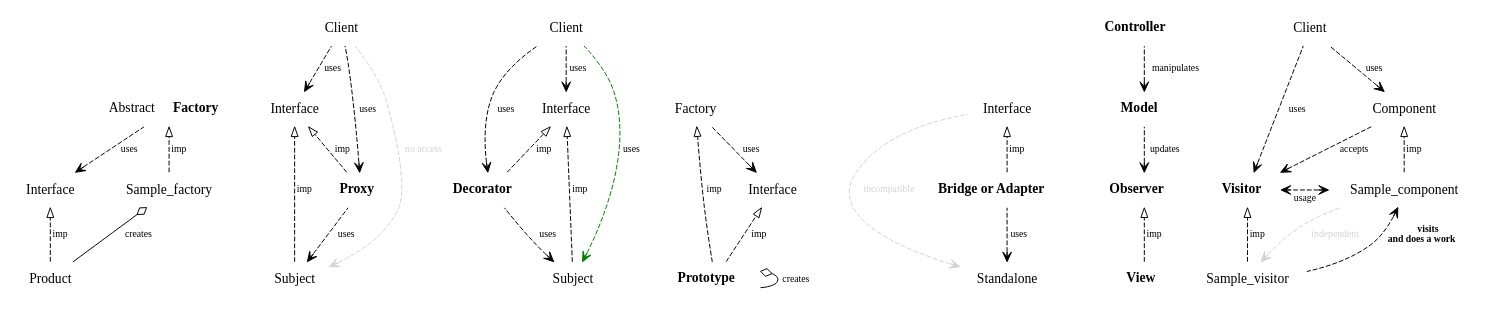
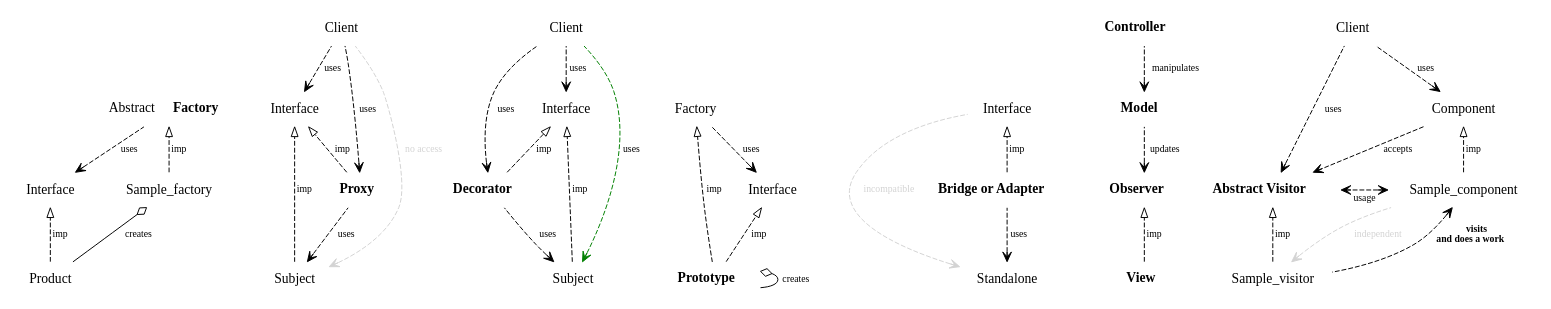
The diagram in cpp/patterns.dot (makelinux/examples), drawn with Graphviz before and after one commit. The commit also changed 1 other file, not shown here.

Commit message:
*Abstract_visitor

```diff
--- a/cpp/patterns.dot
+++ b/cpp/patterns.dot
@@ -1,75 +1,75 @@
 digraph G {
 	rankdir="BT"
 	node [shape=plaintext];
 	edge [fontsize=10 _fontcolor=darkgray]
 	// Inheritance
 	edge [label=inh arrowhead=onormal];
 
 	// Implementation
 	edge [label=imp weight=1000 arrowhead=onormal style=dashed];
 	Product -> Interface;
 	Factory [label=<Abstract <b>Factory</b>>]
 	Sample_factory -> Factory;
 	Proxy [label=<<b>Proxy</b>>]
 	{ Subject Proxy } -> Proxy_interface
 	Decorator [label=<<b>Decorator</b>>]
 	Subject_of_Decorator [label=Subject]
 	{ Decorator Subject_of_Decorator} -> Decorator_interface
 	Proxy_interface [label="Interface"]
 	Decorator_interface [label="Interface"]
 	Factory_of_prototype [label=Factory]
 	Interface_of_prototype [label=Interface]
 	Prototype -> { Factory_of_prototype Interface_of_prototype}
 	Prototype [label=<<b>Prototype</b>>]
 	Bridge_interface [label=Interface]
 	Bridge [label=<<b>Bridge or Adapter</b>>]
 	Bridge -> Bridge_interface
 	Observer [label=<<b>Observer</b>>]
 	View [label=<<b>View</b>>]
 	Model [label=<<b>Model</b>>]
 	Controller [label=<<b>Controller</b>>]
 	View -> Observer
 
-	Visitor [label=<<b>Visitor</b>>]
+	Visitor [label=<<b>Abstract Visitor</b>>]
 	//Component [rank=min]
 	Sample_visitor -> Visitor
 	Sample_component -> Component
 
 	// Aggregation
 	edge [label=agg weight=1 arrowtail=odiamond dir=back style=""]
 
 	edge [label=creates dir="" arrowhead=odiamond]
 	Product -> Sample_factory
 	Prototype -> Prototype
 
 	// Dependencies
 	edge [label=uses weight=1 arrowhead=vee style=dashed dir="" ]
 
 	Component -> Visitor [label=accepts weight=0]
 	Sample_component -> Visitor [label=usage dir=both _weight=0 arrowtail=vee constraint=false]
 	rank = same { Sample_component  Visitor }
 	//{Sample_visitor Sample_component } -> Client_of_Visitor [style=invis]
 	edge [label=uses weight=1 dir=back arrowtail=vee ]
 	Client_of_Decorator [label=Client]
 	Subject_of_Decorator -> Decorator -> Client_of_Decorator
 	Decorator_interface -> Client_of_Decorator
 	Subject_of_Decorator -> Client_of_Decorator [color=green]
 	Client_of_Visitor [label=Client]
 	Component -> Client_of_Visitor
 	Visitor -> Client_of_Visitor
 
 	Subject -> Proxy
 	Client_of_Proxy [label=Client]
 	Proxy -> Client_of_Proxy
 	Proxy_interface -> Client_of_Proxy
 	Model -> Controller [label=manipulates]
 	Interface -> Factory
 	Interface_of_prototype -> Factory_of_prototype
 	Standalone -> Bridge
 	Observer -> Model [label=updates]
 	Sample_component -> Sample_visitor [label=<<b>visits<br/>and does a work</b>> constraint=false]
 	edge [color=lightgray fontcolor=lightgray xweight=0  constraint=false]
 	Sample_visitor -> Sample_component [label="independent" constraint=false]
 	Subject -> Client_of_Proxy [label="no access"]
 	Standalone -> Bridge_interface [label="incompatible" constraint=false]
 }
```
